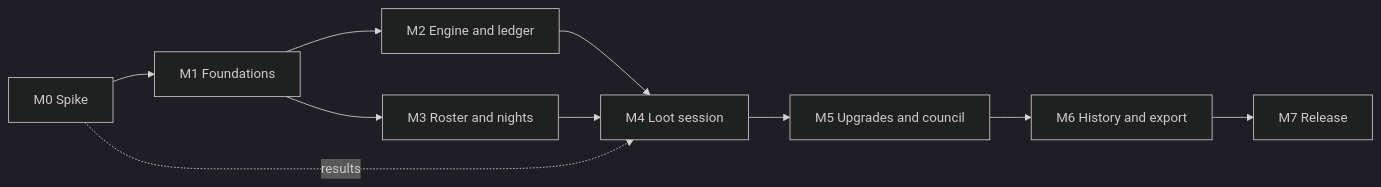
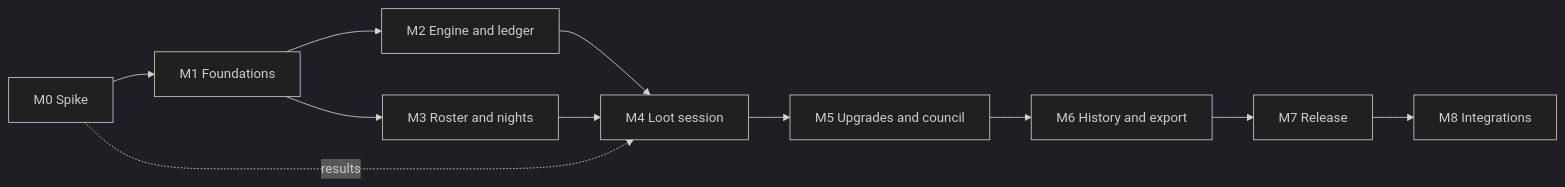
One commit to Finland6738/finland-dragon-credit-points changed the diagram in docs/roadmap/README.md. Above: the diagram before and after it, drawn with Mermaid (dark theme). The commit also changed other lines of this file and 20 other files, not shown here.

````diff
--- a/docs/roadmap/README.md
+++ b/docs/roadmap/README.md
@@ -18,10 +19,10 @@
 ```mermaid
 flowchart LR
   M0[M0 Spike] --> M1[M1 Foundations]
   M1 --> M2[M2 Engine and ledger]
   M1 --> M3[M3 Roster and nights]
   M2 --> M4[M4 Loot session]
   M3 --> M4
   M0 -. results .-> M4
-  M4 --> M5[M5 Upgrades and council] --> M6[M6 History and export] --> M7[M7 Release]
+  M4 --> M5[M5 Upgrades and council] --> M6[M6 History and export] --> M7[M7 Release] --> M8[M8 Integrations]
 ```
````
